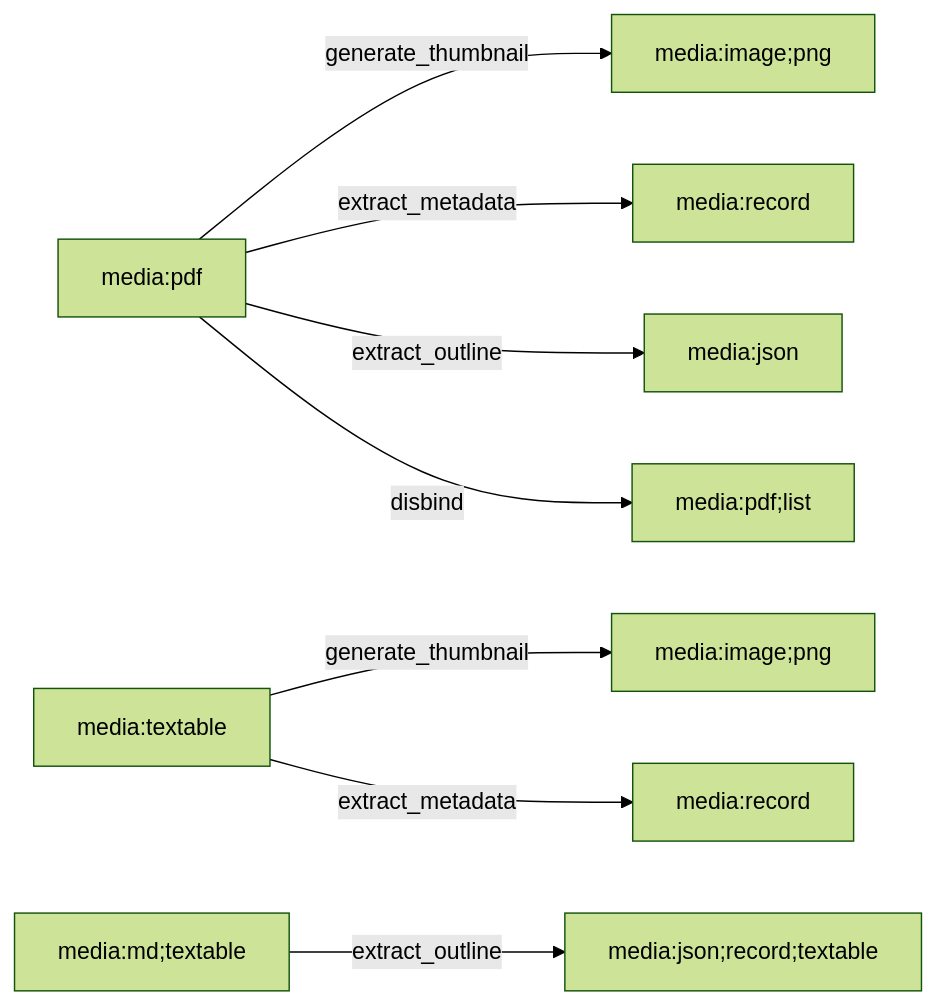
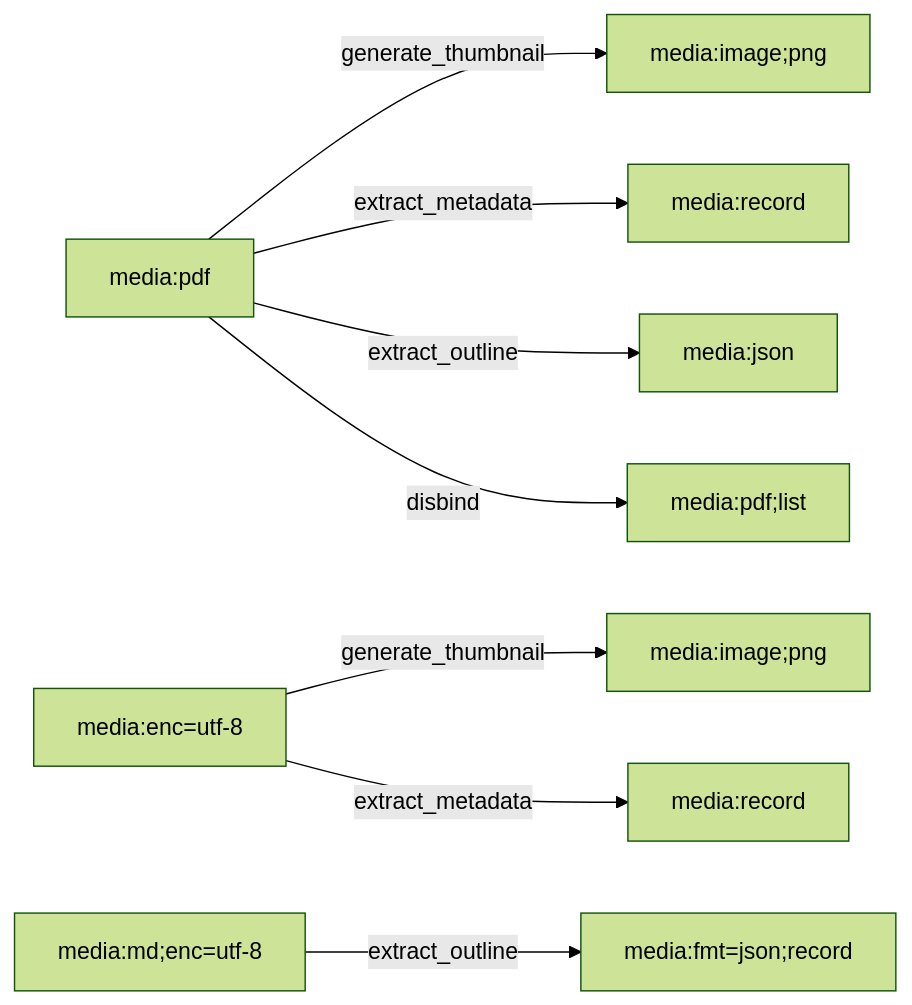
One commit to machinefabric/capdag changed the diagram in docs/16.4-content-cartridges.md. Above: the diagram before and after it, drawn with Mermaid (forest theme). The commit also changed other lines of this file and 24 other files, not shown here.

````diff
--- a/docs/16.4-content-cartridges.md
+++ b/docs/16.4-content-cartridges.md
@@ -25,11 +25,11 @@
 ```mermaid
 graph LR
     PDF["media:pdf"] -->|generate_thumbnail| IMG["media:image;png"]
     PDF -->|extract_metadata| REC["media:record"]
     PDF -->|extract_outline| JSON["media:json"]
     PDF -->|disbind| LIST["media:pdf;list"]
 
-    TXT["media:textable"] -->|generate_thumbnail| IMG2["media:image;png"]
+    TXT["media:enc=utf-8"] -->|generate_thumbnail| IMG2["media:image;png"]
     TXT -->|extract_metadata| REC2["media:record"]
-    MD["media:md;textable"] -->|extract_outline| JSON2["media:json;record;textable"]
+    MD["media:md;enc=utf-8"] -->|extract_outline| JSON2["media:fmt=json;record"]
 ```
````
